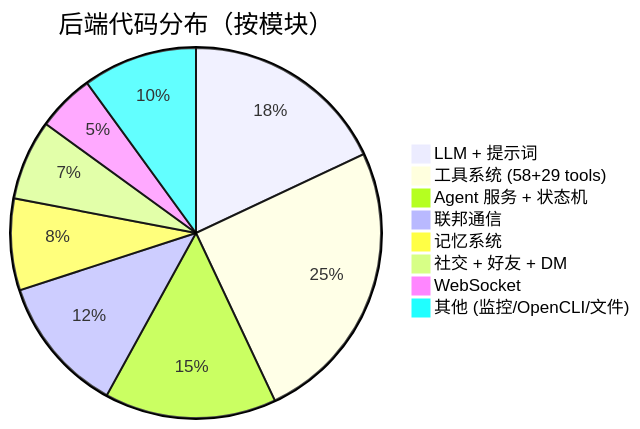
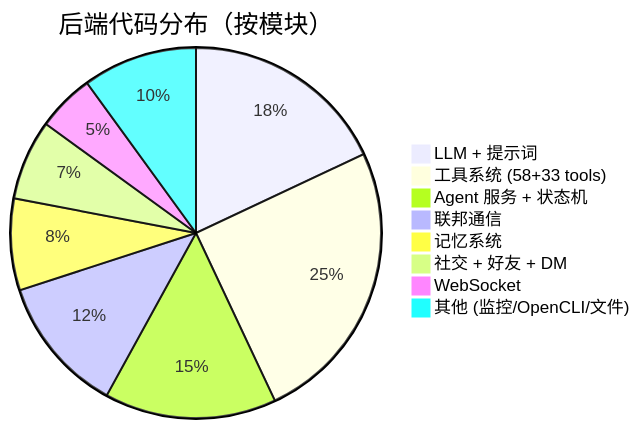
One commit to Coprexist/AIsChat changed the tenth of 10 diagrams in docs/reference/项目全景报告.md. Above: the diagram before and after it, drawn with Mermaid. The commit also changed other lines of this file and 33 other files, not shown here.

````diff
--- a/docs/reference/项目全景报告.md
+++ b/docs/reference/项目全景报告.md
@@ -947,11 +949,11 @@
 ```mermaid
 pie title 后端代码分布（按模块）
     "LLM + 提示词" : 18
-    "工具系统 (58+29 tools)" : 25
+    "工具系统 (58+33 tools)" : 25
     "Agent 服务 + 状态机" : 15
     "联邦通信" : 12
     "记忆系统" : 8
     "社交 + 好友 + DM" : 7
     "WebSocket" : 5
     "其他 (监控/OpenCLI/文件)" : 10
 ```
````
